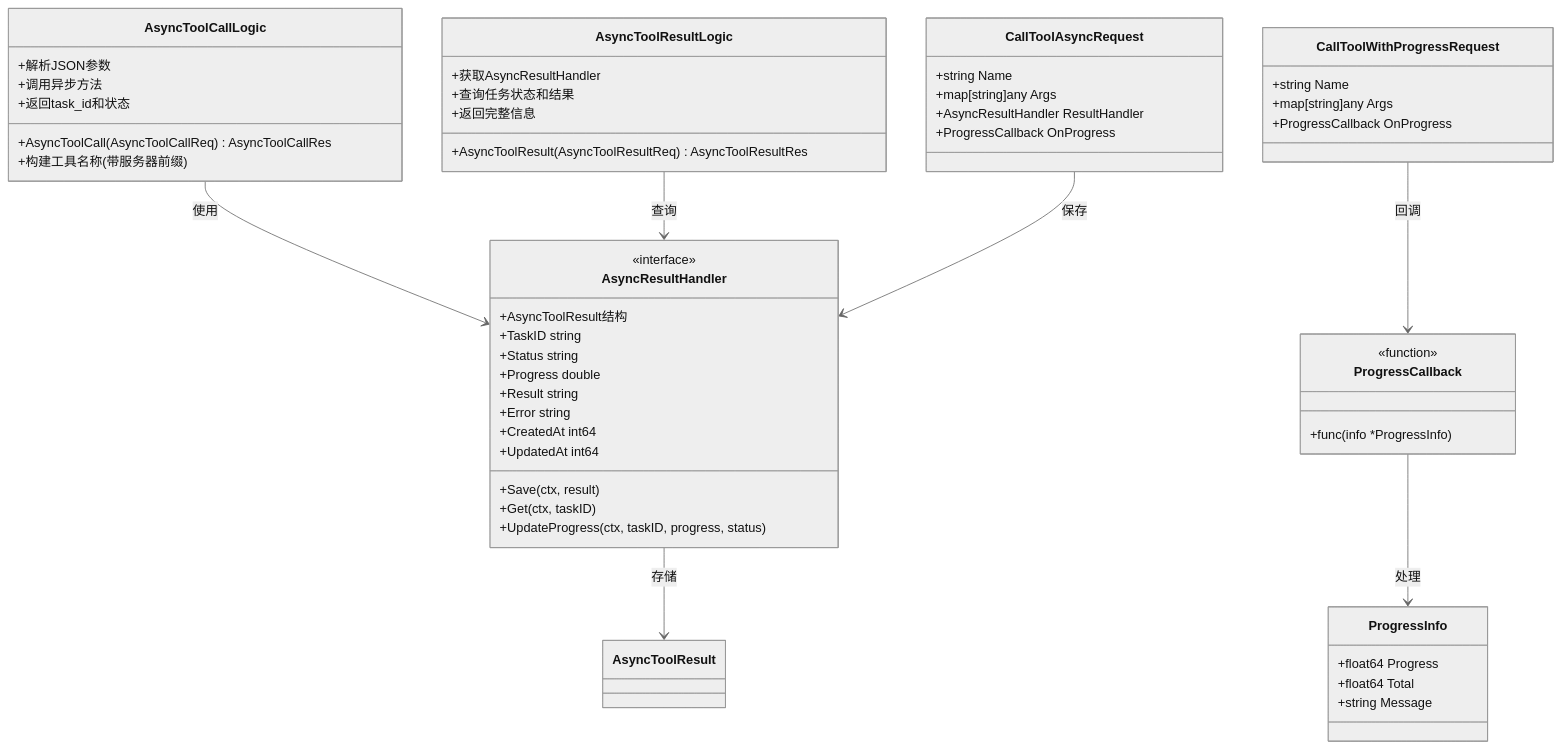
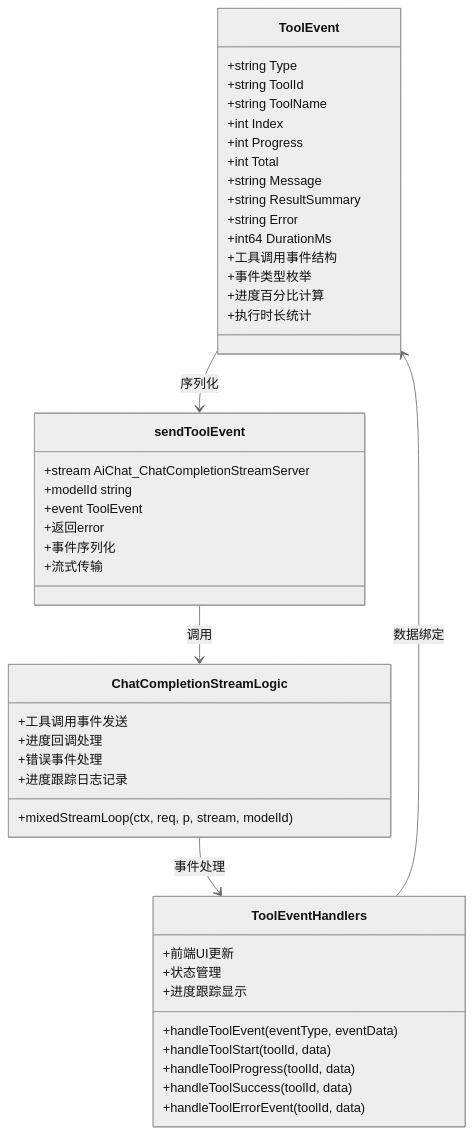
The third of 12 diagrams in .qoder/repowiki/zh/content/核心服务详解/AI聊天服务.md (maomao94/zero-service), drawn with Mermaid (neutral theme) before and after one commit. The commit also changed other lines of this file and 48 other files, not shown here.

````diff
--- a/.qoder/repowiki/zh/content/核心服务详解/AI聊天服务.md
+++ b/.qoder/repowiki/zh/content/核心服务详解/AI聊天服务.md
@@ -474,56 +566,48 @@
 ```mermaid
 classDiagram
-class AsyncToolCallLogic {
-+AsyncToolCall(AsyncToolCallReq) AsyncToolCallRes
-+解析JSON参数
-+构建工具名称(带服务器前缀)
-+调用异步方法
-+返回task_id和状态
+class ToolEvent {
++string Type
++string ToolId
++string ToolName
++int Index
++int Progress
++int Total
++string Message
++string ResultSummary
++string Error
++int64 DurationMs
++工具调用事件结构
++事件类型枚举
++进度百分比计算
++执行时长统计
 }
-class AsyncToolResultLogic {
-+AsyncToolResult(AsyncToolResultReq) AsyncToolResultRes
-+获取AsyncResultHandler
-+查询任务状态和结果
-+返回完整信息
+class sendToolEvent {
++stream AiChat_ChatCompletionStreamServer
++modelId string
++event ToolEvent
++返回error
++事件序列化
++流式传输
 }
-class AsyncResultHandler {
-<<interface>>
-+Save(ctx, result)
-+Get(ctx, taskID)
-+UpdateProgress(ctx, taskID, progress, status)
-+AsyncToolResult结构
-+TaskID string
-+Status string
-+Progress double
-+Result string
-+Error string
-+CreatedAt int64
-+UpdatedAt int64
+class ChatCompletionStreamLogic {
++mixedStreamLoop(ctx, req, p, stream, modelId)
++工具调用事件发送
++进度回调处理
++错误事件处理
++进度跟踪日志记录
 }
-class CallToolAsyncRequest {
-+string Name
-+map[string]any Args
-+AsyncResultHandler ResultHandler
-+ProgressCallback OnProgress
+class ToolEventHandlers {
++handleToolEvent(eventType, eventData)
++handleToolStart(toolId, data)
++handleToolProgress(toolId, data)
++handleToolSuccess(toolId, data)
++handleToolErrorEvent(toolId, data)
++前端UI更新
++状态管理
++进度跟踪显示
 }
-class CallToolWithProgressRequest {
-+string Name
-+map[string]any Args
-+ProgressCallback OnProgress
-}
-class ProgressCallback {
-<<function>>
-+func(info *ProgressInfo)
-}
-class ProgressInfo {
-+float64 Progress
-+float64 Total
-+string Message
-}
-AsyncToolCallLogic --> AsyncResultHandler : 使用
-AsyncToolResultLogic --> AsyncResultHandler : 查询
-AsyncResultHandler --> AsyncToolResult : 存储
-CallToolAsyncRequest --> AsyncResultHandler : 保存
-CallToolWithProgressRequest --> ProgressCallback : 回调
-ProgressCallback --> ProgressInfo : 处理
+ToolEvent --> sendToolEvent : 序列化
+sendToolEvent --> ChatCompletionStreamLogic : 调用
+ChatCompletionStreamLogic --> ToolEventHandlers : 事件处理
+ToolEventHandlers --> ToolEvent : 数据绑定
 ```
````
